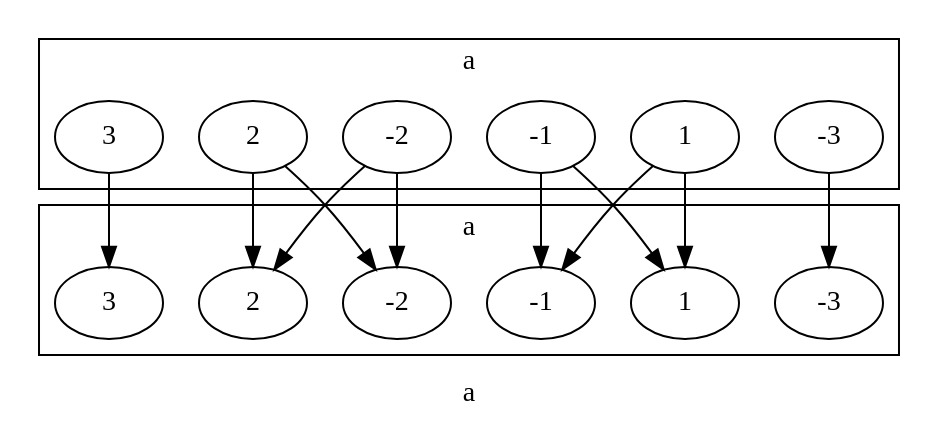
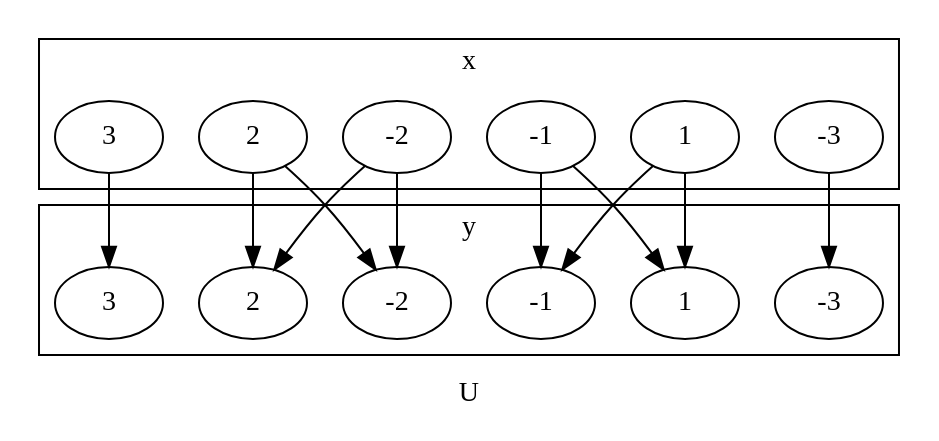
One commit to tnichols217/notes changed the second of 2 diagrams in CSDS 302 - Discrete Math/HW/1.md. Above: the diagram before and after it, drawn with Graphviz. The commit also changed other lines of this file, not shown here.

Commit message:
vault backup: 2024-01-26 18:13:57

````diff
--- a/CSDS 302 - Discrete Math/HW/1.md
+++ b/CSDS 302 - Discrete Math/HW/1.md
@@ -166,29 +168,31 @@
 ```dot
 digraph {
-	label=a
+	label=U
 	subgraph {
+		label=x
 		cluster=true
 		a [label=-3]
 		b [label=-2]
 		c [label=-1]
 		d [label=1]
 		e [label=2]
 		f [label=3]
 	}
 	subgraph {
+		label=y
 		cluster=true
 		A [label=-3]
 		B [label=-2]
 		C [label=-1]
 		D [label=1]
 		E [label=2]
 		F [label=3]
 	}
 	a -> A
 	b -> {B E}
 	c -> {C D}
 	d -> {C D}
 	e -> {B E}
 	f -> F
 }
 ```
````
